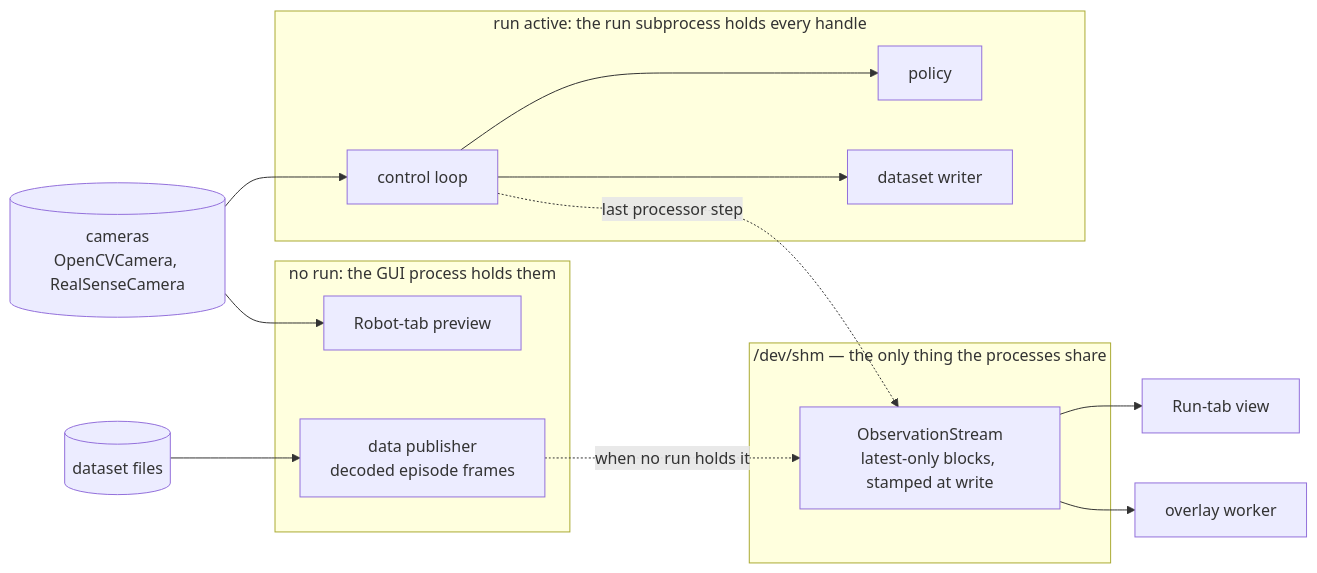
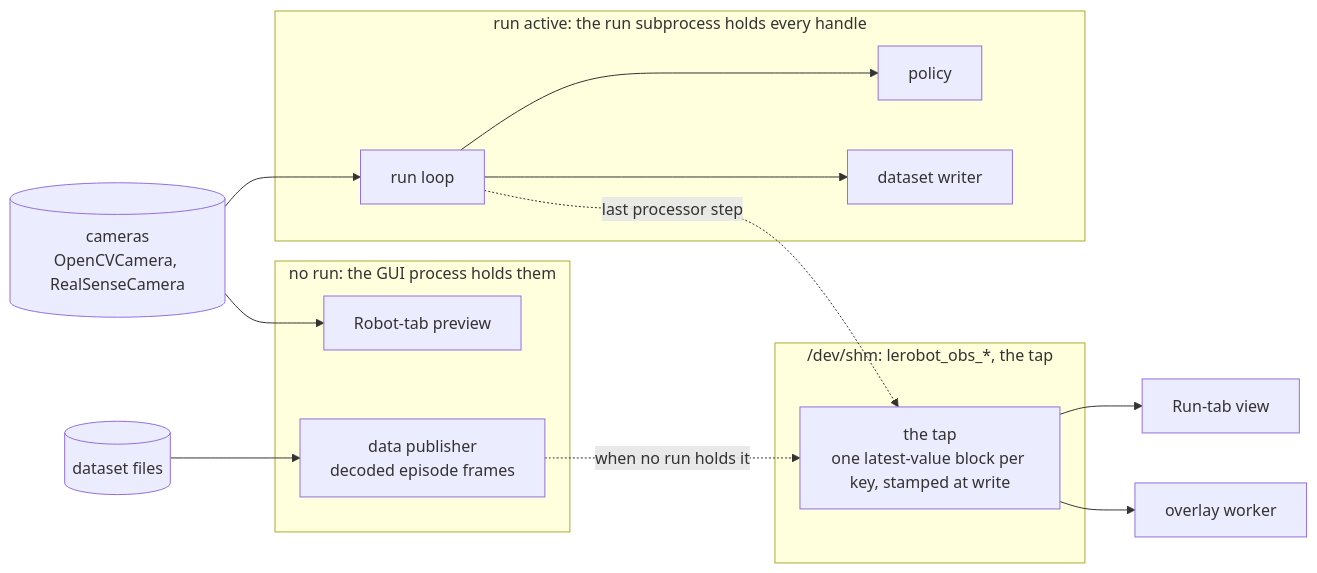
One commit to TheWisp/lerobot changed the first of 9 diagrams in src/lerobot/gui/docs/camera_video_transport.md. Above: the diagram before and after it, drawn with Mermaid. The commit also changed other lines of this file, not shown here.

````diff
--- a/src/lerobot/gui/docs/camera_video_transport.md
+++ b/src/lerobot/gui/docs/camera_video_transport.md
@@ -67,26 +72,26 @@
 ```mermaid
 flowchart LR
   cams[("cameras<br/>OpenCVCamera, RealSenseCamera")]
   files[("dataset files")]
   subgraph run["run active: the run subprocess holds every handle"]
-    loop[control loop]
+    loop[run loop]
     pol[policy]
     wr[dataset writer]
   end
   subgraph idle["no run: the GUI process holds them"]
     prev[Robot-tab preview]
     pub["data publisher<br/>decoded episode frames"]
   end
-  subgraph shm["/dev/shm — the only thing the processes share"]
-    tap["ObservationStream<br/>latest-only blocks, stamped at write"]
+  subgraph shm["/dev/shm: lerobot_obs_*, the tap"]
+    tap["the tap<br/>one latest-value block per key, stamped at write"]
   end
   cams --> loop
   loop --> pol
   loop --> wr
   loop -.->|"last processor step"| tap
   cams --> prev
   files --> pub
   pub -.->|"when no run holds it"| tap
   tap --> view[Run-tab view]
   tap --> ovl[overlay worker]
 ```
````
